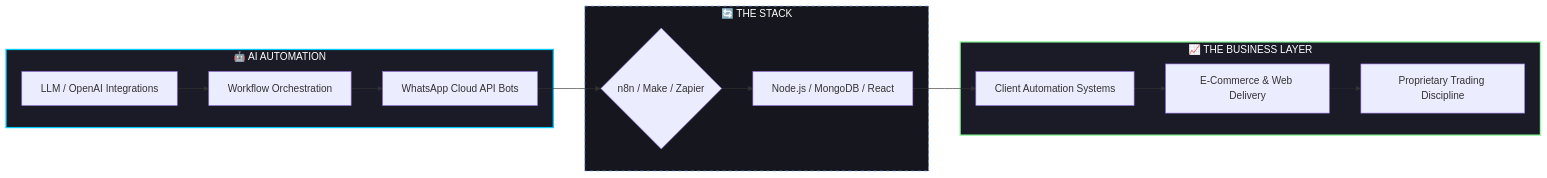
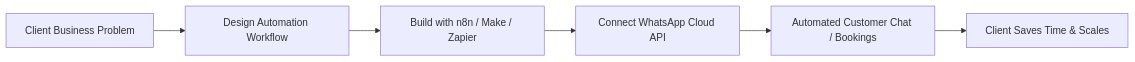
One commit to smrafayshah/smrafayshah changed the first of 3 diagrams in README.md. Above: the diagram before and after it, drawn with Mermaid. The commit also changed other lines of this file, not shown here.

````diff
--- a/README.md
+++ b/README.md
@@ -99,22 +26,8 @@
 ```mermaid
-graph LR
-    subgraph AI ["🤖 AI AUTOMATION"]
-        A[LLM / OpenAI Integrations] --> B[Workflow Orchestration]
-        B --> C[WhatsApp Cloud API Bots]
-    end
-
-    subgraph Bridge ["🔄 THE STACK"]
-        C --> D{n8n / Make / Zapier}
-        D --> E[Node.js / MongoDB / React]
-    end
-
-    subgraph Biz ["📈 THE BUSINESS LAYER"]
-        E --> F[Client Automation Systems]
-        F --> G[E-Commerce & Web Delivery]
-        G -.-> H[Proprietary Trading Discipline]
-    end
-
-    style AI fill:#1a1b27,stroke:#00C9FF,stroke-width:2px,color:#fff
-    style Biz fill:#1a1b27,stroke:#92FE9D,stroke-width:2px,color:#fff
-    style Bridge fill:#16161e,stroke:#7aa2f7,stroke-dasharray: 5 5,color:#fff
+flowchart LR
+    A[Client Business Problem] --> B[Design Automation Workflow]
+    B --> C[Build with n8n / Make / Zapier]
+    C --> D[Connect WhatsApp Cloud API]
+    D --> E[Automated Customer Chat / Bookings]
+    E --> F[Client Saves Time & Scales]
 ```
````
